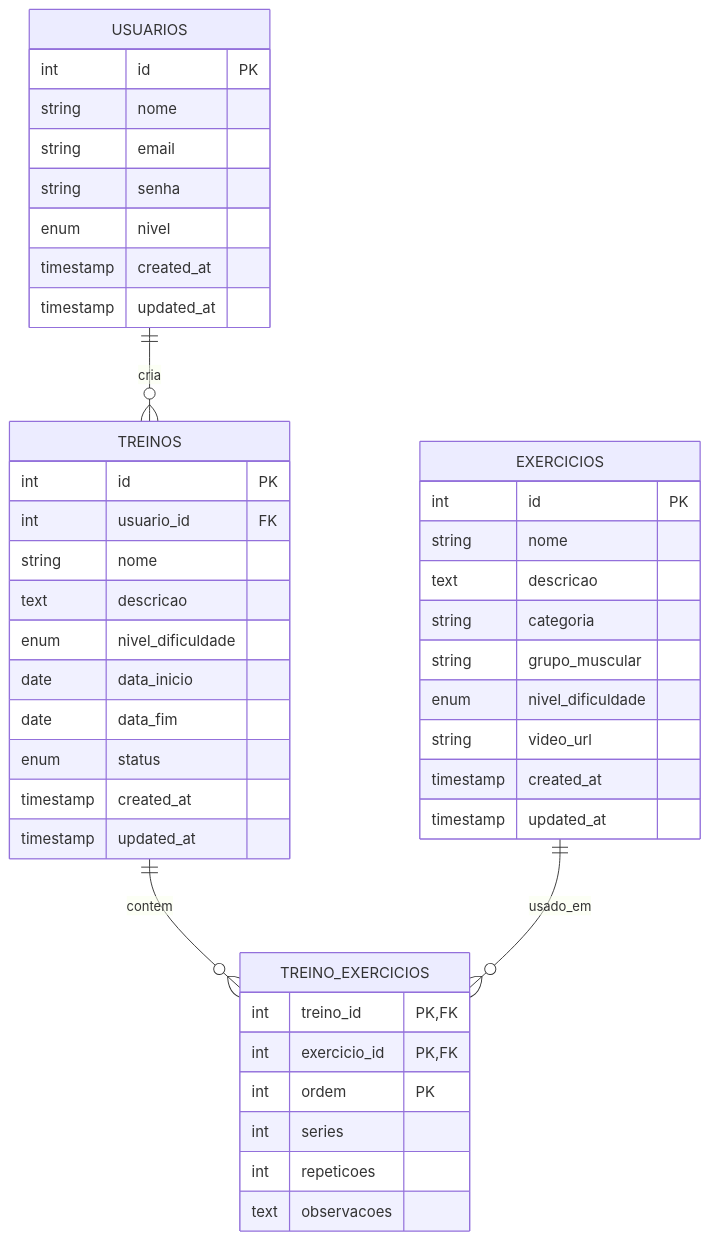
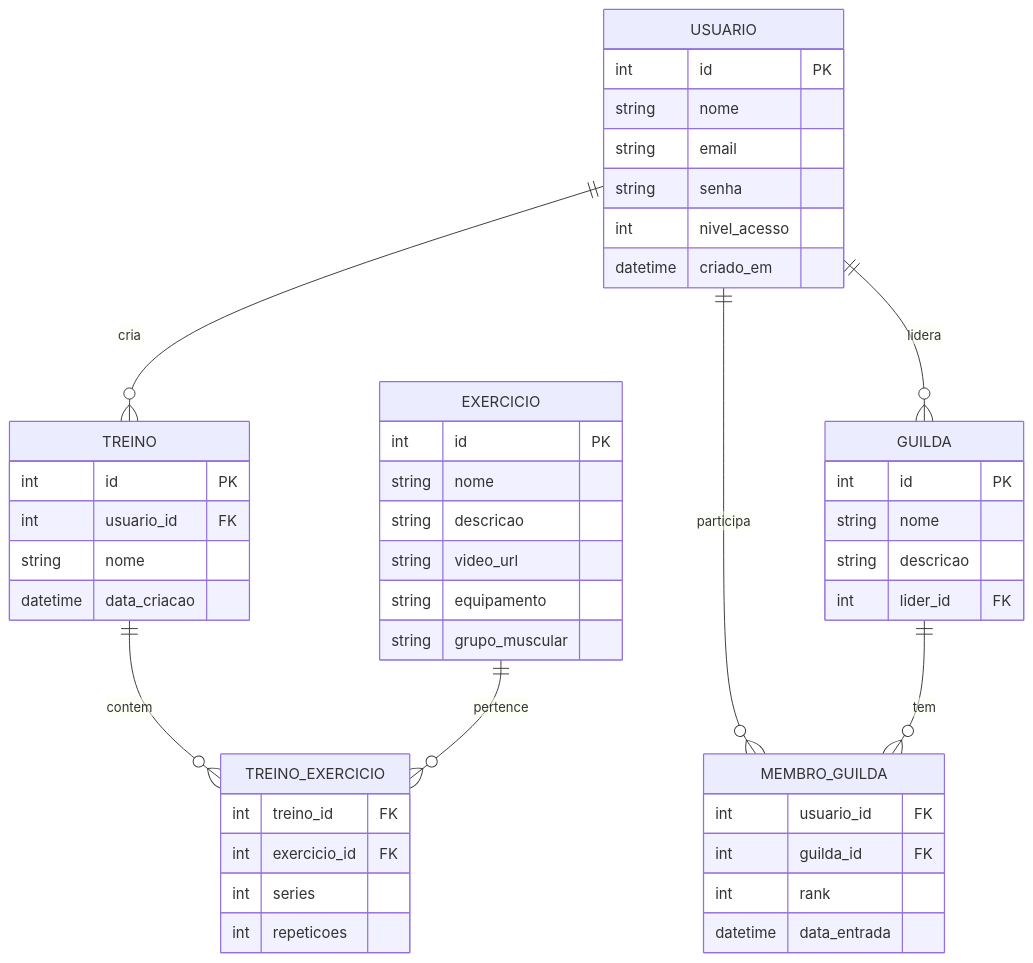
The second of 2 diagrams in docs/DIAGRAMAS.md (Wesley-GL23/GymForge-Academic), drawn with Mermaid before and after one commit. The commit also changed other lines of this file and 2 other files, not shown here.

Commit message:
docs: adiciona diagramas SVG e atualiza documentação

````diff
--- a/docs/DIAGRAMAS.md
+++ b/docs/DIAGRAMAS.md
@@ -31,50 +88,55 @@
 ```mermaid
 erDiagram
-    USUARIOS ||--o{ TREINOS : "cria"
-    TREINOS ||--o{ TREINO_EXERCICIOS : "contem"
-    EXERCICIOS ||--o{ TREINO_EXERCICIOS : "usado_em"
-    
-    USUARIOS {
+    USUARIO {
         int id PK
         string nome
         string email
         string senha
-        enum nivel
-        timestamp created_at
-        timestamp updated_at
+        int nivel_acesso
+        datetime criado_em
     }
     
-    EXERCICIOS {
+    EXERCICIO {
         int id PK
         string nome
-        text descricao
-        string categoria
+        string descricao
+        string video_url
+        string equipamento
         string grupo_muscular
-        enum nivel_dificuldade
-        string video_url
-        timestamp created_at
-        timestamp updated_at
     }
     
-    TREINOS {
+    TREINO {
         int id PK
         int usuario_id FK
         string nome
-        text descricao
-        enum nivel_dificuldade
-        date data_inicio
-        date data_fim
-        enum status
-        timestamp created_at
-        timestamp updated_at
+        datetime data_criacao
     }
     
-    TREINO_EXERCICIOS {
-        int treino_id PK,FK
-        int exercicio_id PK,FK
-        int ordem PK
+    TREINO_EXERCICIO {
+        int treino_id FK
+        int exercicio_id FK
         int series
         int repeticoes
-        text observacoes
     }
-``` 
+    
+    GUILDA {
+        int id PK
+        string nome
+        string descricao
+        int lider_id FK
+    }
+    
+    MEMBRO_GUILDA {
+        int usuario_id FK
+        int guilda_id FK
+        int rank
+        datetime data_entrada
+    }
+    
+    USUARIO ||--o{ TREINO : "cria"
+    TREINO ||--o{ TREINO_EXERCICIO : "contem"
+    EXERCICIO ||--o{ TREINO_EXERCICIO : "pertence"
+    USUARIO ||--o{ GUILDA : "lidera"
+    USUARIO ||--o{ MEMBRO_GUILDA : "participa"
+    GUILDA ||--o{ MEMBRO_GUILDA : "tem"
+```
````
